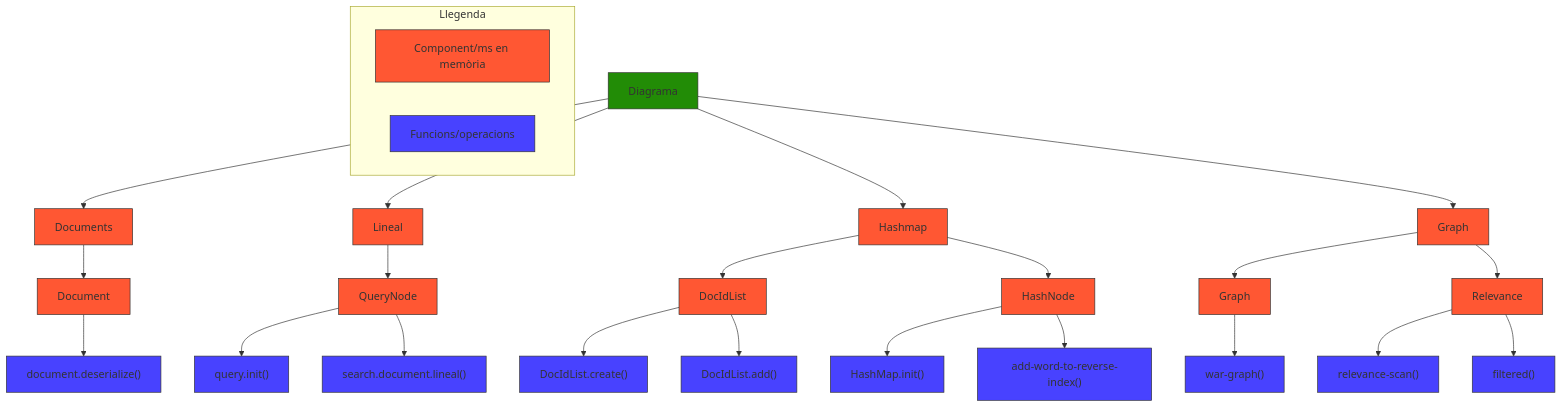
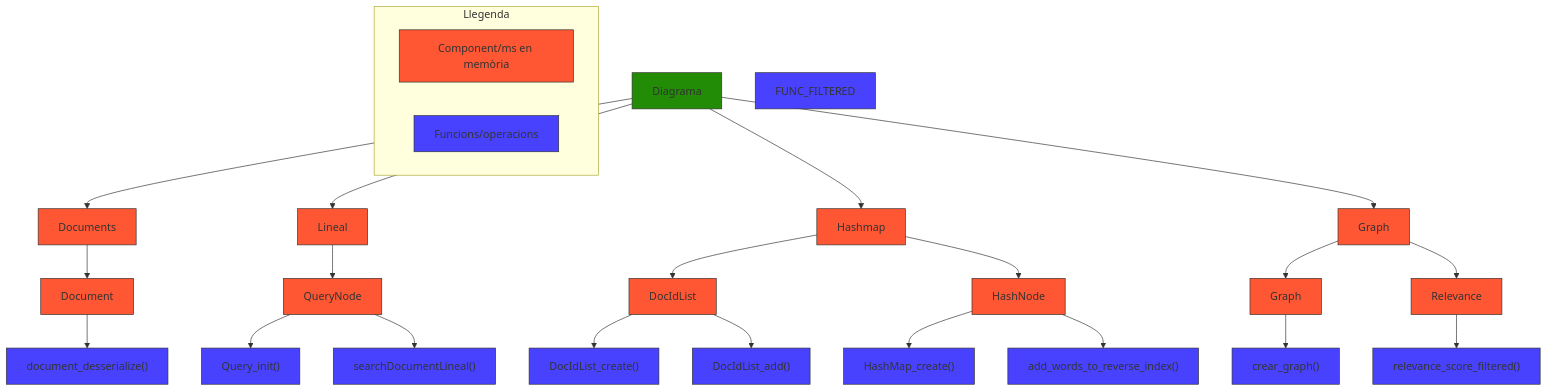
The diagram in REPORT.md (bernatnogueras/edaii-2025-P202-48), drawn with Mermaid before and after one commit.

Commit message:
<Diagram>(change):petit canvi

````diff
--- a/REPORT.md
+++ b/REPORT.md
@@ -7,70 +7,69 @@
 ```mermaid
 flowchart TD
 
     %% Nodo raíz
     DIAG["Diagrama"] 
 
     %% Rama Documents
     DIAG --> DOCUMENTS["Documents"]
     DOCUMENTS --> DOCUMENT["Document"]
-    DOCUMENT --> FUNC_DESERIALIZE["document.deserialize()"]
+    DOCUMENT --> FUNC_DESERIALIZE["document_desserialize()"]
 
     %% Rama Lineal
     DIAG --> LINEAL["Lineal"]
     LINEAL --> QNODE["QueryNode"]
-    QNODE --> FUNC_Q_INIT["query.init()"]
-    QNODE --> FUNC_SEARCH_DOC_LINEAL["search.document.lineal()"]
+    QNODE --> FUNC_Q_INIT["Query_init()"]
+    QNODE --> FUNC_SEARCH_DOC_LINEAL["searchDocumentLineal()"]
 
     %% Rama Hashmap
     DIAG --> HASHMAP["Hashmap"]
     HASHMAP --> DOCLIST["DocIdList"]
-    DOCLIST --> FUNC_DOCLIST_CREATE["DocIdList.create()"]
-    DOCLIST --> FUNC_DOCLIST_ADD["DocIdList.add()"]
+    DOCLIST --> FUNC_DOCLIST_CREATE["DocIdList_create()"]
+    DOCLIST --> FUNC_DOCLIST_ADD["DocIdList_add()"]
     HASHMAP --> HASHNODE["HashNode"]
-    HASHNODE --> FUNC_HASHMAP_INIT["HashMap.init()"]
-    HASHNODE --> FUNC_ADD_WORD["add-word-to-reverse-index()"]
+    HASHNODE --> FUNC_HASHMAP_INIT["HashMap_create()"]
+    HASHNODE --> FUNC_ADD_WORD["add_words_to_reverse_index()"]
 
     %% Rama Graph
     DIAG --> GRAPH["Graph"]
     GRAPH --> GRAPH_NODE["Graph"]
-    GRAPH_NODE --> FUNC_WAR_GRAPH["war-graph()"]
+    GRAPH_NODE --> FUNC_WAR_GRAPH["crear_graph()"]
     GRAPH --> RELEVANCE["Relevance"]
-    RELEVANCE --> FUNC_REL_SCAN["relevance-scan()"]
-    RELEVANCE --> FUNC_FILTERED["filtered()"]
+    RELEVANCE --> FUNC_REL_SCAN["relevance_score_filtered()"]
 
     %% Estilos de colores
     style DIAG fill:#228c06,stroke:#333,stroke-width:1px
 
     style DOCUMENTS fill:#ff5733,stroke:#333,stroke-width:1px
     style DOCUMENT fill:#ff5733,stroke:#333,stroke-width:1px
     style FUNC_DESERIALIZE fill:#4842ff,stroke:#333,stroke-width:1px
 
     style LINEAL fill:#ff5733,stroke:#333,stroke-width:1px
     style QNODE fill:#ff5733,stroke:#333,stroke-width:1px
     style FUNC_Q_INIT fill:#4842ff,stroke:#333,stroke-width:1px
     style FUNC_SEARCH_DOC_LINEAL fill:#4842ff,stroke:#333,stroke-width:1px
 
     style HASHMAP fill:#ff5733,stroke:#333,stroke-width:1px
     style DOCLIST fill:#ff5733,stroke:#333,stroke-width:1px
     style FUNC_DOCLIST_CREATE fill:#4842ff,stroke:#333,stroke-width:1px
     style FUNC_DOCLIST_ADD fill:#4842ff,stroke:#333,stroke-width:1px
     style HASHNODE fill:#ff5733,stroke:#333,stroke-width:1px
     style FUNC_HASHMAP_INIT fill:#4842ff,stroke:#333,stroke-width:1px
     style FUNC_ADD_WORD fill:#4842ff,stroke:#333,stroke-width:1px
 
     style GRAPH fill:#ff5733,stroke:#333,stroke-width:1px
     style GRAPH_NODE fill:#ff5733,stroke:#333,stroke-width:1px
     style FUNC_WAR_GRAPH fill:#4842ff,stroke:#333,stroke-width:1px
     style RELEVANCE fill:#ff5733,stroke:#333,stroke-width:1px
     style FUNC_REL_SCAN fill:#4842ff,stroke:#333,stroke-width:1px
     style FUNC_FILTERED fill:#4842ff,stroke:#333,stroke-width:1px
 
     %% Leyenda (opcional)
     subgraph Leyenda["Llegenda"]
         green["Component/ms en memòria"] 
         purple["Funcions/operacions"]
     end
 
     style green fill:#ff5733,stroke:#333,stroke-width:1px
     style purple fill:#4842ff,stroke:#333,stroke-width:1px
 ```
````
